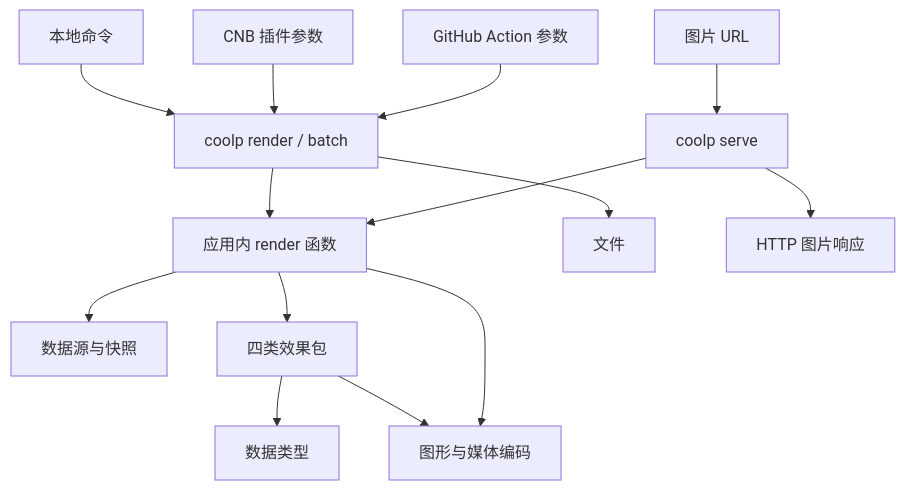
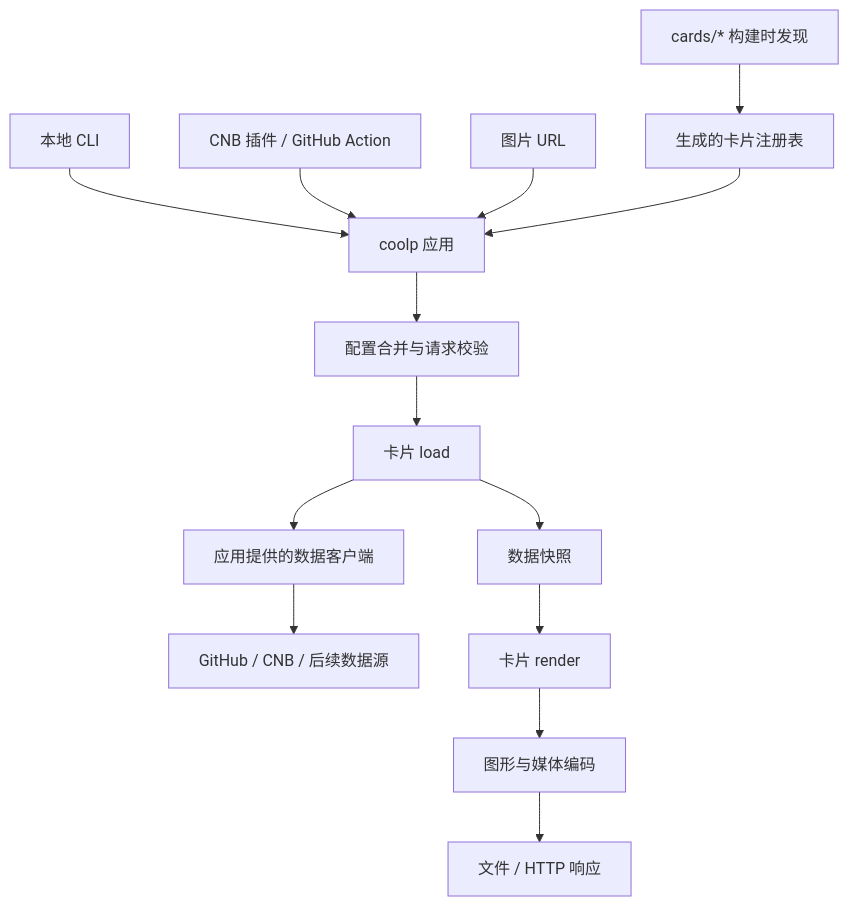
Before and after one commit to elonzh/cool-profile: the diagram in docs/architecture.md, drawn with Mermaid. The commit also changed other lines of this file and 4 other files, not shown here.

````diff
--- a/docs/architecture.md
+++ b/docs/architecture.md
@@ -17,16 +17,16 @@
 ```mermaid
 flowchart TD
-  Local[本地命令] --> CLI[coolp render / batch]
-  CNB[CNB 插件参数] --> CLI
-  Action[GitHub Action 参数] --> CLI
-  HTTP[图片 URL] --> Server[coolp serve]
-  CLI --> Render[应用内 render 函数]
-  Server --> Render
-  Render --> Data[数据源与快照]
-  Render --> Cards[四类效果包]
-  Cards --> Types[数据类型]
-  Cards --> Graphics[图形与媒体编码]
-  Render --> Graphics
-  CLI --> Files[文件]
-  Server --> Response[HTTP 图片响应]
+  Local[本地 CLI] --> App[coolp 应用]
+  CI[CNB 插件 / GitHub Action] --> App
+  HTTP[图片 URL] --> App
+  App --> Config[配置合并与请求校验]
+  Config --> Load[卡片 load]
+  Load --> Data[应用提供的数据客户端]
+  Data --> Providers[GitHub / CNB / 后续数据源]
+  Load --> Snapshot[数据快照]
+  Snapshot --> Draw[卡片 render]
+  Draw --> Graphics[图形与媒体编码]
+  Graphics --> Delivery[文件 / HTTP 响应]
+  Discovery[cards/* 构建时发现] --> Registry[生成的卡片注册表]
+  Registry --> App
 ```
````
